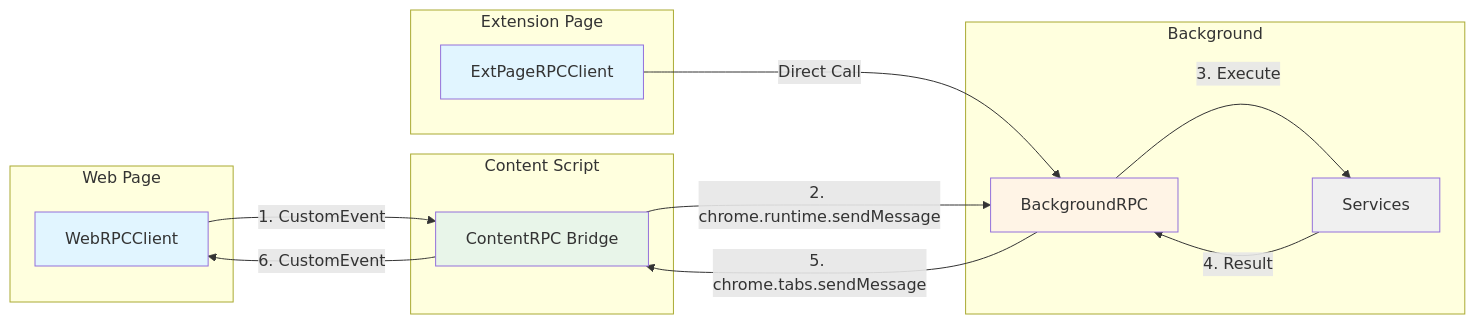
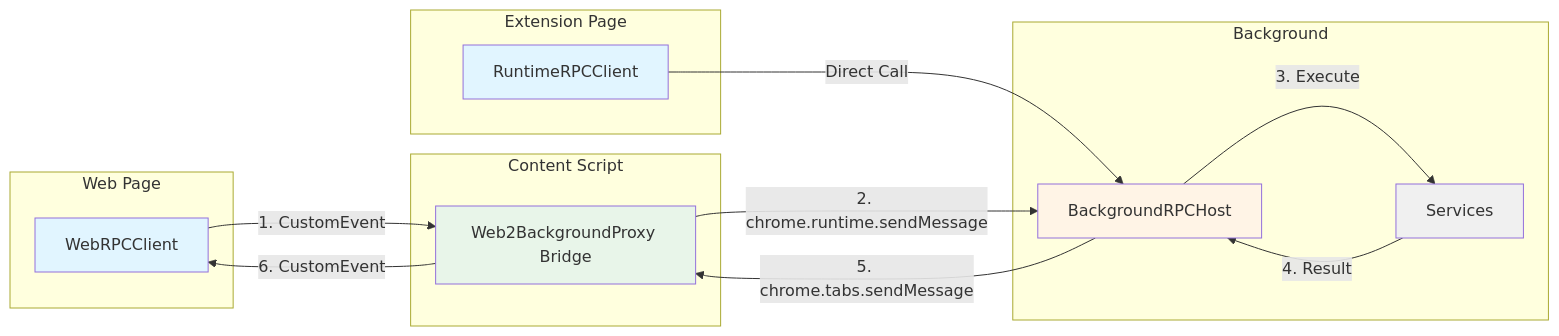
Before and after one commit to weird94/crx-rpc: the first of 2 diagrams in README.md, drawn with Mermaid. The commit also changed other lines of this file and 2 other files, not shown here.

Commit message:
feat: Export background module.

````diff
--- a/README.md
+++ b/README.md
@@ -162,36 +164,36 @@
 ```mermaid
 graph LR
     subgraph Web["Web Page"]
         WC[WebRPCClient]
     end
 
     subgraph Content["Content Script"]
-        CR[ContentRPC Bridge]
+        CR[Web2BackgroundProxy Bridge]
     end
 
     subgraph Bg["Background"]
-        BR[BackgroundRPC]
+        BR[BackgroundRPCHost]
         Service[Services]
     end
 
     subgraph Ext["Extension Page"]
-        EC[ExtPageRPCClient]
+        EC[RuntimeRPCClient]
     end
 
     %% Web to Background Flow
     WC -- "1. CustomEvent" --> CR
     CR -- "2. chrome.runtime.sendMessage" --> BR
     BR -- "3. Execute" --> Service
     Service -- "4. Result" --> BR
     BR -- "5. chrome.tabs.sendMessage" --> CR
     CR -- "6. CustomEvent" --> WC
 
     %% Extension to Background Flow
     EC -- "Direct Call" --> BR
     
     style WC fill:#e1f5ff
     style CR fill:#e8f5e9
     style BR fill:#fff4e6
     style Service fill:#f0f0f0
     style EC fill:#e1f5ff
 ```
````
